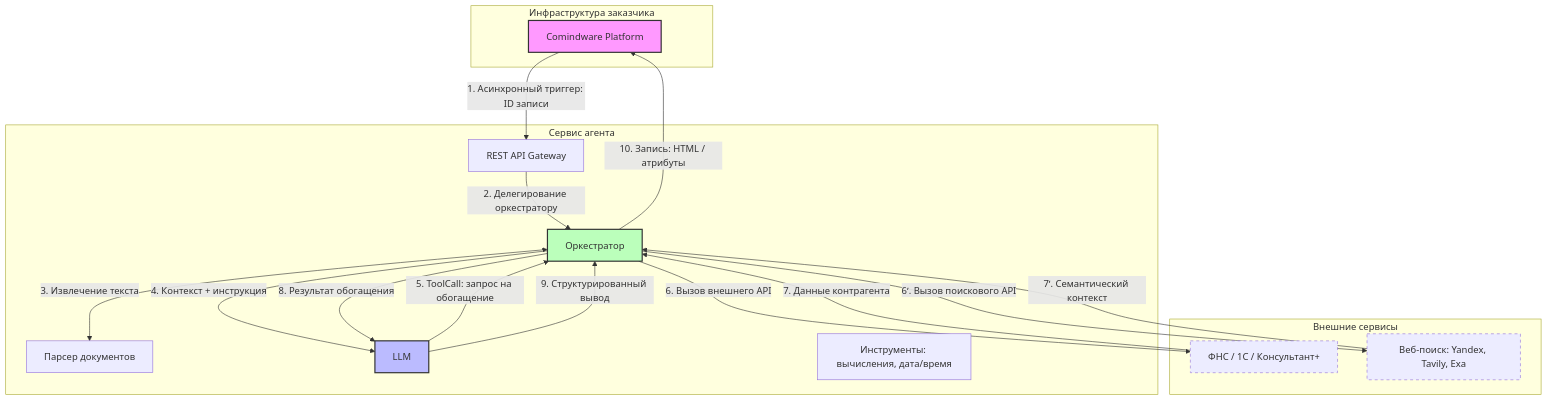
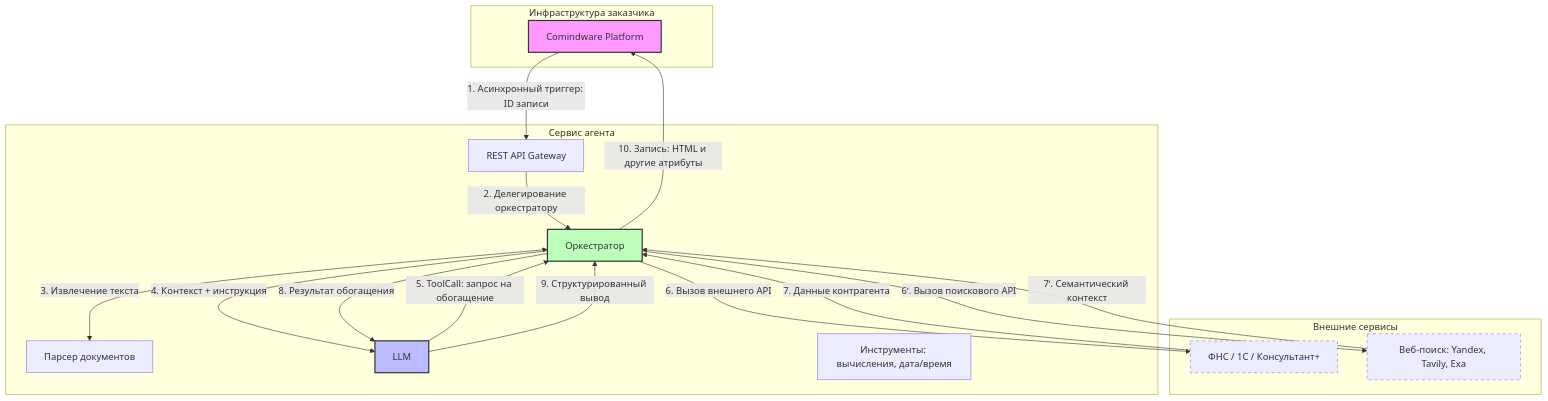
Before and after one commit to arterm-sedov/cmw-rag: the diagram in docs/research/executive-research-technology-transfer/report-pack/20260420-document-agent-architecture-ru.md, drawn with Mermaid. The commit also changed other lines of this file, not shown here.

First line of the commit message:
docs: update document agent architecture report — refine component responsibilities and clarify interaction patterns

````diff
--- a/docs/research/executive-research-technology-transfer/report-pack/20260420-document-agent-architecture-ru.md
+++ b/docs/research/executive-research-technology-transfer/report-pack/20260420-document-agent-architecture-ru.md
@@ -55,38 +55,38 @@
 ```mermaid
 graph TD
     subgraph Client_Infrastructure [Инфраструктура заказчика]
         A[Comindware Platform]
     end
 
     subgraph Agent_Service [Сервис агента]
         B[REST API Gateway]
         C[Оркестратор]
         D[Парсер документов]
         E[LLM]
         F[Инструменты: вычисления, дата/время]
     end
 
     subgraph External_Services [Внешние сервисы]
         G[ФНС / 1С / Консультант+]
         H[Веб-поиск: Yandex, Tavily, Exa]
     end
 
     A -->|1. Асинхронный триггер: ID записи| B
     B -->|2. Делегирование оркестратору| C
     C <-->|3. Извлечение текста| D
     C -->|4. Контекст + инструкция| E
     E -->|5. ToolCall: запрос на обогащение| C
     C -->|6. Вызов внешнего API| G
     C -->|6ʹ. Вызов поискового API| H
     G -->|7. Данные контрагента| C
     H -->|7ʹ. Семантический контекст| C
     C -->|8. Результат обогащения| E
     E -->|9. Структурированный вывод| C
-    C -->|10. Запись: HTML / атрибуты| A
+    C -->|10. Запись: HTML и другие атрибуты| A
 
     style A fill:#f9f,stroke:#333,stroke-width:2px
     style E fill:#bbf,stroke:#333,stroke-width:2px
     style C fill:#bfb,stroke:#333,stroke-width:2px
     style G stroke-dasharray: 5 5
     style H stroke-dasharray: 5 5
 ```
````
